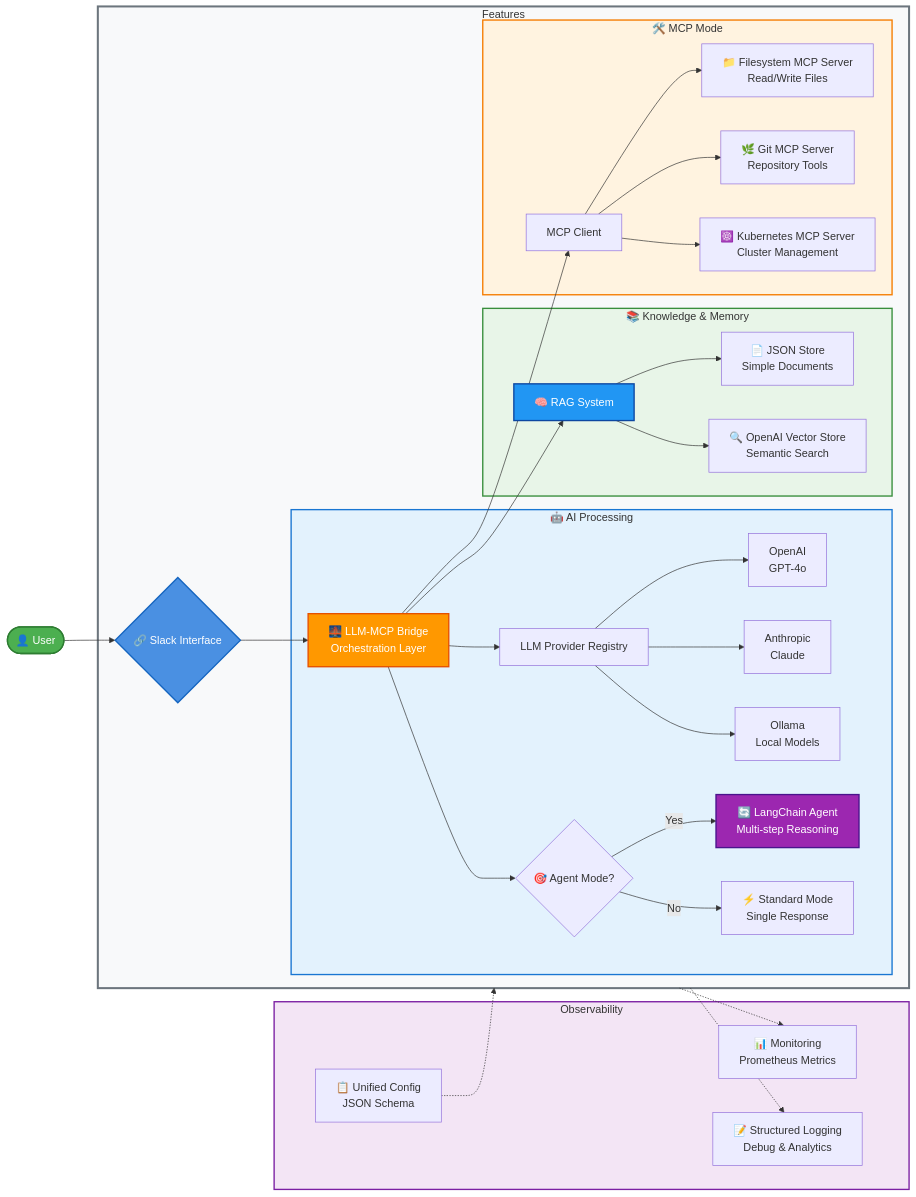
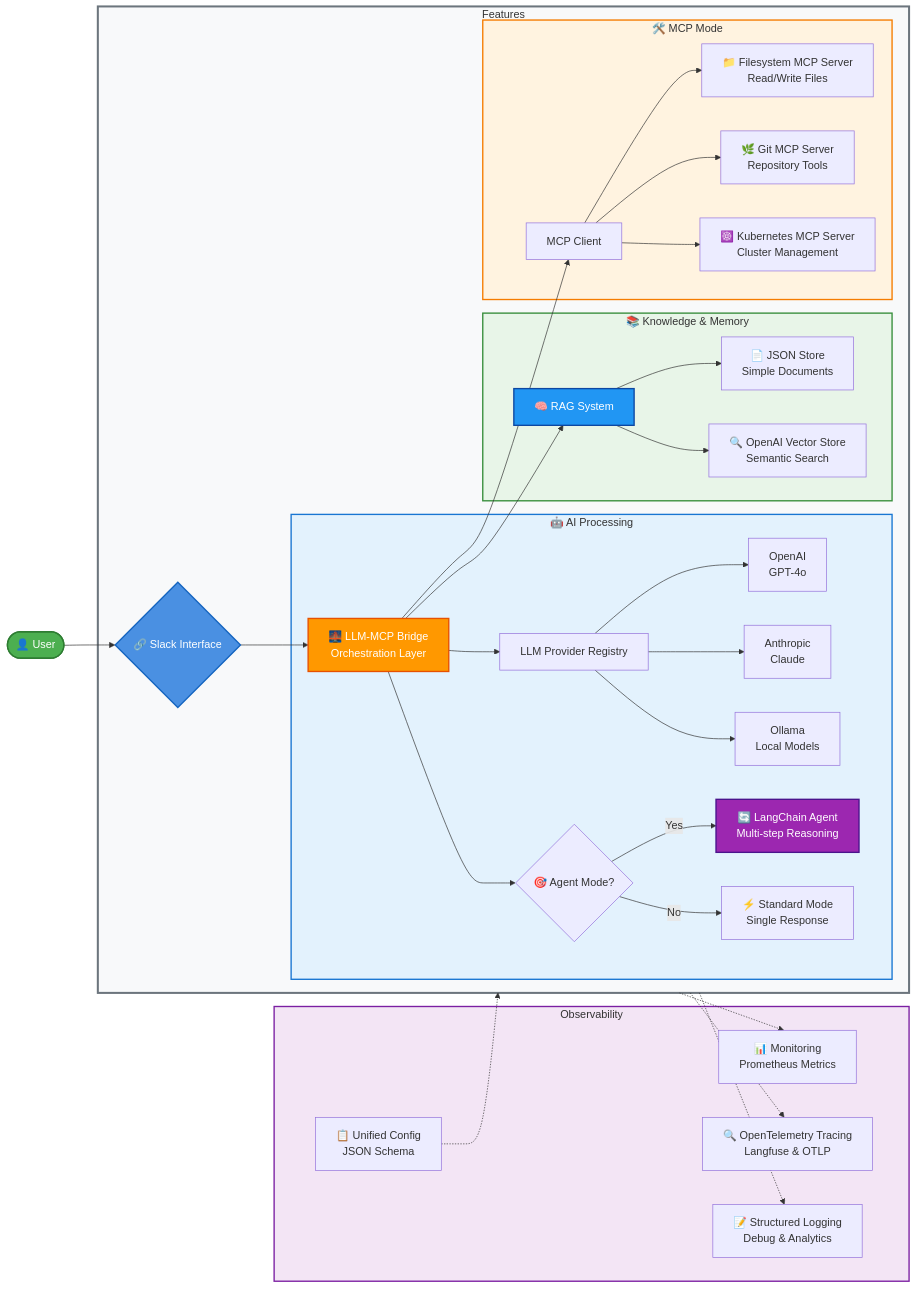
One commit to tuannvm/slack-mcp-client changed the diagram in README.md. Above: the diagram before and after it, drawn with Mermaid. The commit also changed other lines of this file, not shown here.

Commit message:
feat(observability): Add OpenTelemetry tracing with Langfuse and OTLP

````diff
--- a/README.md
+++ b/README.md
@@ -64,55 +64,57 @@
 ```mermaid
 flowchart LR
     User([👤 User]) --> Slack{🔗 Slack Interface}
 
     subgraph Infrastructure[Observability]
         Config[📋 Unified Config<br/>JSON Schema]
         Monitoring[📊 Monitoring<br/>Prometheus Metrics]
+        Tracing[🔍 OpenTelemetry Tracing<br/>Langfuse & OTLP]
         Logging[📝 Structured Logging<br/>Debug & Analytics]
     end
     
     subgraph Core[Features]
         Slack --> Bridge[🌉 LLM-MCP Bridge<br/>Orchestration Layer]
         
         subgraph LLM[🤖 AI Processing]
             Bridge --> LLMRegistry[LLM Provider Registry]
             LLMRegistry --> OpenAI[OpenAI<br/>GPT-4o]
             LLMRegistry --> Anthropic[Anthropic<br/>Claude]
             LLMRegistry --> Ollama[Ollama<br/>Local Models]
             
             Bridge --> Agent{🎯 Agent Mode?}
             Agent -->|Yes| LangChain[🔄 LangChain Agent<br/>Multi-step Reasoning]
             Agent -->|No| Standard[⚡ Standard Mode<br/>Single Response]
         end
         
         subgraph Knowledge[📚 Knowledge & Memory]
             Bridge --> RAG[🧠 RAG System]
             RAG --> SimpleRAG[📄 JSON Store<br/>Simple Documents]
             RAG --> VectorRAG[🔍 OpenAI Vector Store<br/>Semantic Search]
         end
         
         subgraph Tools[🛠️ MCP Mode]
             Bridge --> MCPManager[MCP Client]
             MCPManager --> FileSystem[📁 Filesystem MCP Server<br/>Read/Write Files]
             MCPManager --> Git[🌿 Git MCP Server <br/>Repository Tools]
             MCPManager --> Kubernetes[☸️ Kubernetes MCP Server<br/>Cluster Management]
         end
     end
     
     
     Config -.-> Core
     Core -.-> Monitoring
+    Core -.-> Tracing
     Core -.-> Logging
     
     style Core fill:#F8F9FA,stroke:#6C757D,stroke-width:3px
     style LLM fill:#E3F2FD,stroke:#1976D2,stroke-width:2px
     style Knowledge fill:#E8F5E8,stroke:#388E3C,stroke-width:2px
     style Tools fill:#FFF3E0,stroke:#F57C00,stroke-width:2px
     style Infrastructure fill:#F3E5F5,stroke:#7B1FA2,stroke-width:2px
     
     style User fill:#4CAF50,stroke:#2E7D32,stroke-width:2px,color:#fff
     style Slack fill:#4A90E2,stroke:#1565C0,stroke-width:2px,color:#fff
     style Bridge fill:#FF9800,stroke:#E65100,stroke-width:2px,color:#fff
     style LangChain fill:#9C27B0,stroke:#4A148C,stroke-width:2px,color:#fff
     style RAG fill:#2196F3,stroke:#0D47A1,stroke-width:2px,color:#fff
 ```
````
